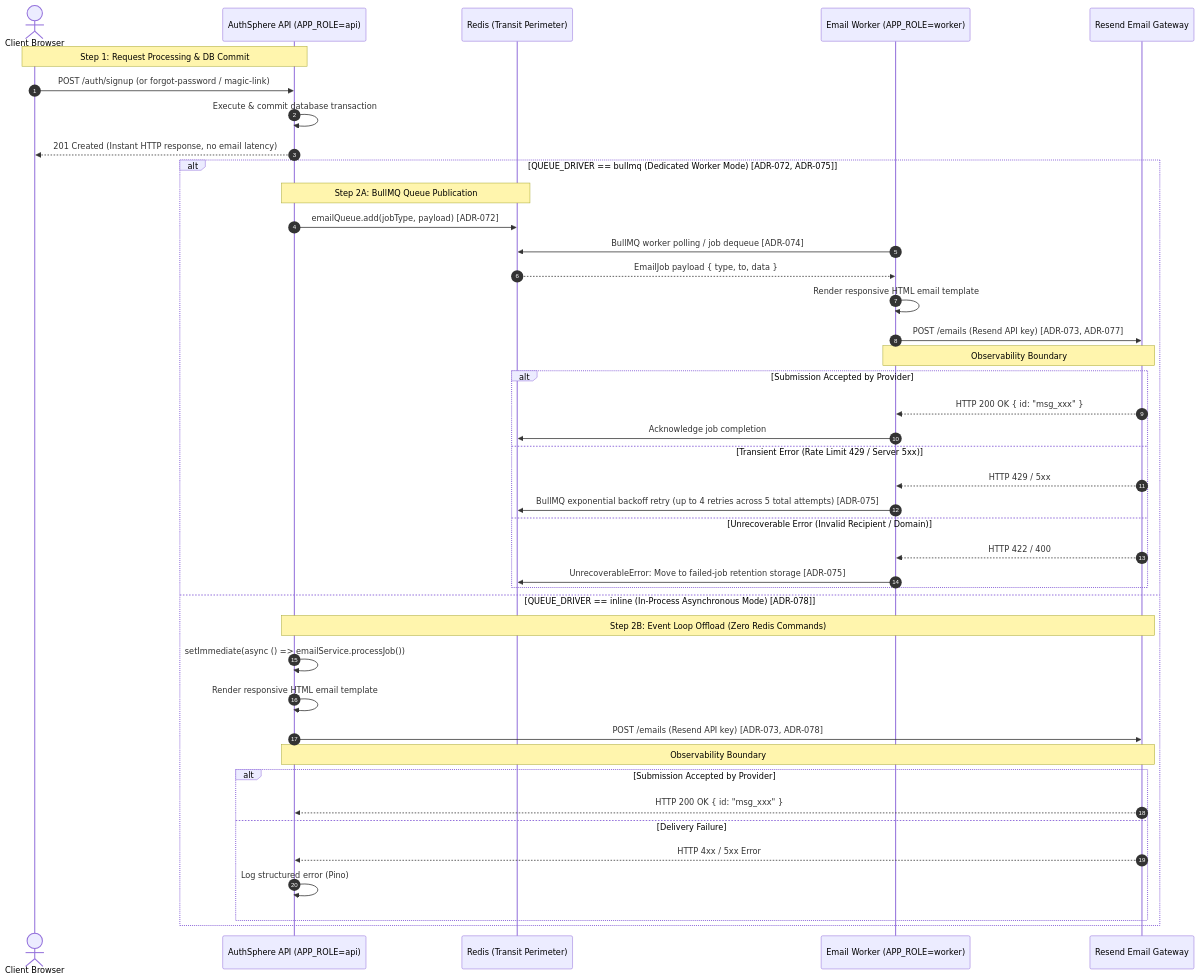
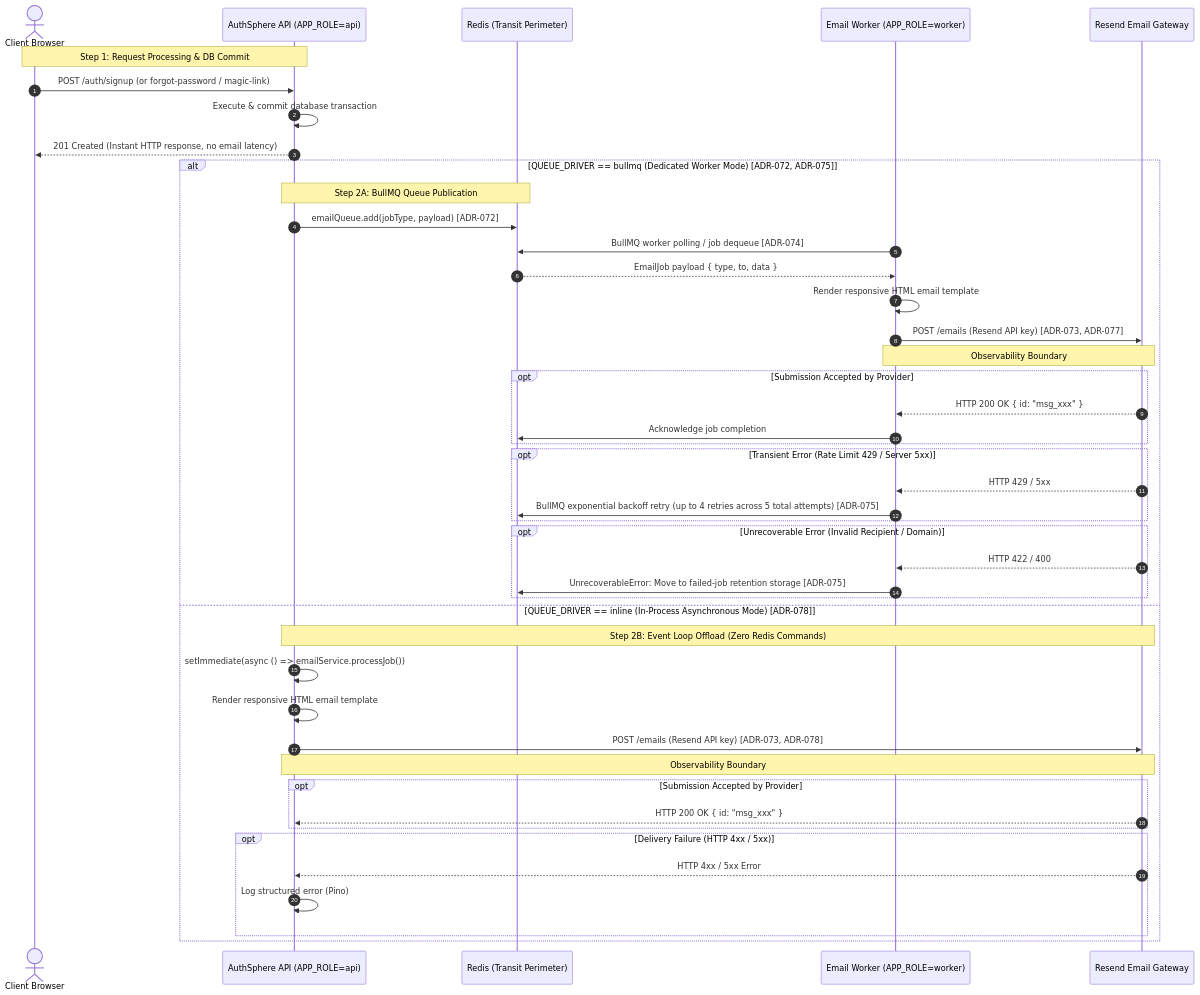
The ninth of 10 diagrams in docs/ARCHITECTURE.md (utkarshj014/authsphere), drawn with Mermaid before and after one commit. The commit also changed other lines of this file and 21 other files, not shown here.

````diff
--- a/docs/ARCHITECTURE.md
+++ b/docs/ARCHITECTURE.md
@@ -463,46 +485,49 @@
 ```mermaid
 sequenceDiagram
     autonumber
     actor Client as Client Browser
     participant API as AuthSphere API (APP_ROLE=api)
     participant Redis as Redis (Transit Perimeter)
     participant Worker as Email Worker (APP_ROLE=worker)
     participant Resend as Resend Email Gateway
 
     Note over Client, API: Step 1: Request Processing & DB Commit
     Client->>API: POST /auth/signup (or forgot-password / magic-link)
     API->>API: Execute & commit database transaction
     API-->>Client: 201 Created (Instant HTTP response, no email latency)
 
     alt QUEUE_DRIVER == bullmq (Dedicated Worker Mode) [ADR-072, ADR-075]
         Note over API, Redis: Step 2A: BullMQ Queue Publication
         API->>Redis: emailQueue.add(jobType, payload) [ADR-072]
         Worker->>Redis: BullMQ worker polling / job dequeue [ADR-074]
         Redis-->>Worker: EmailJob payload { type, to, data }
         Worker->>Worker: Render responsive HTML email template
         Worker->>Resend: POST /emails (Resend API key) [ADR-073, ADR-077]
         Note over Worker, Resend: Observability Boundary
-        alt Submission Accepted by Provider
+        opt Submission Accepted by Provider
             Resend-->>Worker: HTTP 200 OK { id: "msg_xxx" }
             Worker->>Redis: Acknowledge job completion
-        else Transient Error (Rate Limit 429 / Server 5xx)
+        end
+        opt Transient Error (Rate Limit 429 / Server 5xx)
             Resend-->>Worker: HTTP 429 / 5xx
             Worker->>Redis: BullMQ exponential backoff retry (up to 4 retries across 5 total attempts) [ADR-075]
-        else Unrecoverable Error (Invalid Recipient / Domain)
+        end
+        opt Unrecoverable Error (Invalid Recipient / Domain)
             Resend-->>Worker: HTTP 422 / 400
             Worker->>Redis: UnrecoverableError: Move to failed-job retention storage [ADR-075]
         end
     else QUEUE_DRIVER == inline (In-Process Asynchronous Mode) [ADR-078]
         Note over API, Resend: Step 2B: Event Loop Offload (Zero Redis Commands)
         API->>API: setImmediate(async () => emailService.processJob())
         API->>API: Render responsive HTML email template
         API->>Resend: POST /emails (Resend API key) [ADR-073, ADR-078]
         Note over API, Resend: Observability Boundary
-        alt Submission Accepted by Provider
+        opt Submission Accepted by Provider
             Resend-->>API: HTTP 200 OK { id: "msg_xxx" }
-        else Delivery Failure
+        end
+        opt Delivery Failure (HTTP 4xx / 5xx)
             Resend-->>API: HTTP 4xx / 5xx Error
             API->>API: Log structured error (Pino)
         end
     end
 ```
````
